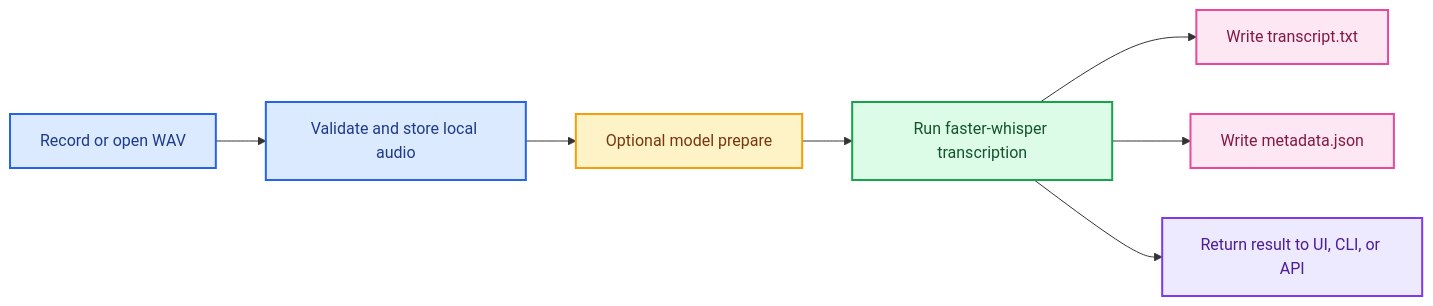
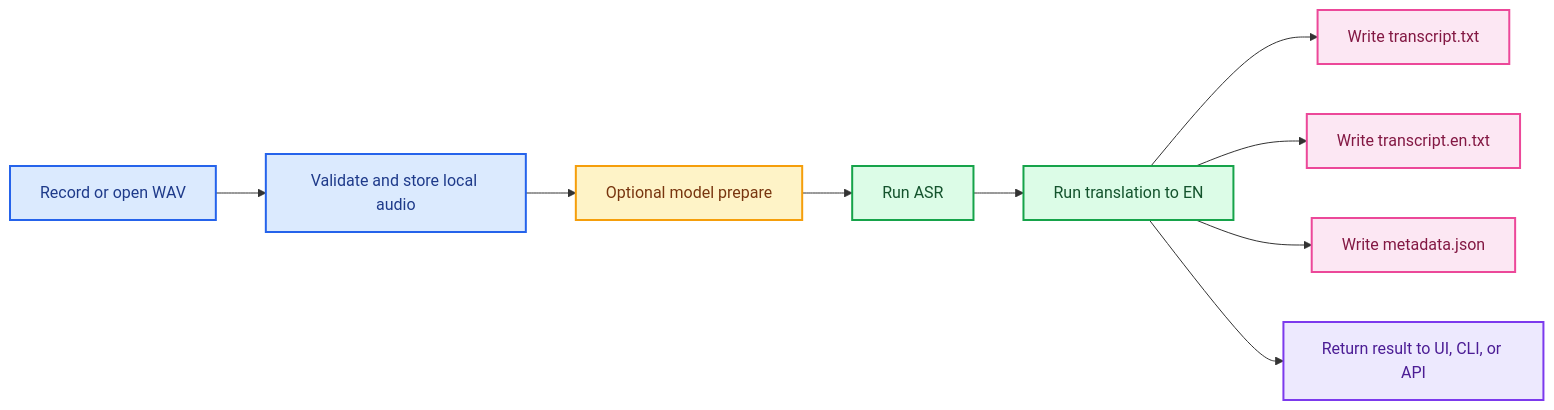
One commit to De-Par/smart-voice-kit changed the second of 2 diagrams in README.md. Above: the diagram before and after it, drawn with Mermaid. The commit also changed other lines of this file, not shown here.

````diff
--- a/README.md
+++ b/README.md
@@ -113,21 +112,23 @@
 ```mermaid
 flowchart LR
     A[Record or open WAV] --> B[Validate and store local audio]
     B --> C[Optional model prepare]
-    C --> D[Run faster-whisper transcription]
-    D --> E[Write transcript.txt]
-    D --> F[Write metadata.json]
-    D --> G[Return result to UI, CLI, or API]
+    C --> D[Run ASR]
+    D --> E[Run translation to EN]
+    E --> F[Write transcript.txt]
+    E --> G[Write transcript.en.txt]
+    E --> H[Write metadata.json]
+    E --> I[Return result to UI, CLI, or API]
 
     classDef input fill:#DBEAFE,stroke:#2563EB,color:#1E3A8A,stroke-width:2px;
     classDef prep fill:#FEF3C7,stroke:#F59E0B,color:#78350F,stroke-width:2px;
     classDef process fill:#DCFCE7,stroke:#16A34A,color:#14532D,stroke-width:2px;
     classDef artifact fill:#FCE7F3,stroke:#EC4899,color:#831843,stroke-width:2px;
     classDef output fill:#EDE9FE,stroke:#7C3AED,color:#4C1D95,stroke-width:2px;
 
     class A,B input;
     class C prep;
-    class D process;
-    class E,F artifact;
-    class G output;
+    class D,E process;
+    class F,G,H artifact;
+    class I output;
 ```
````
